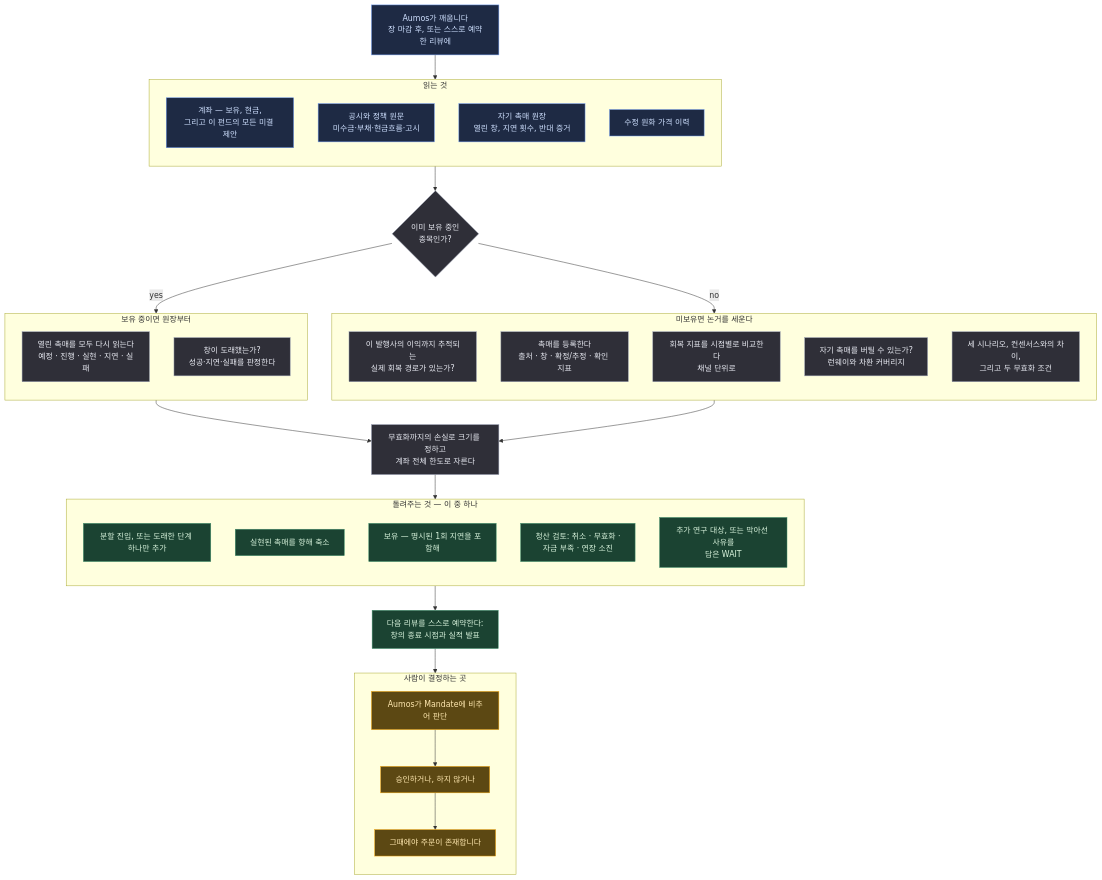
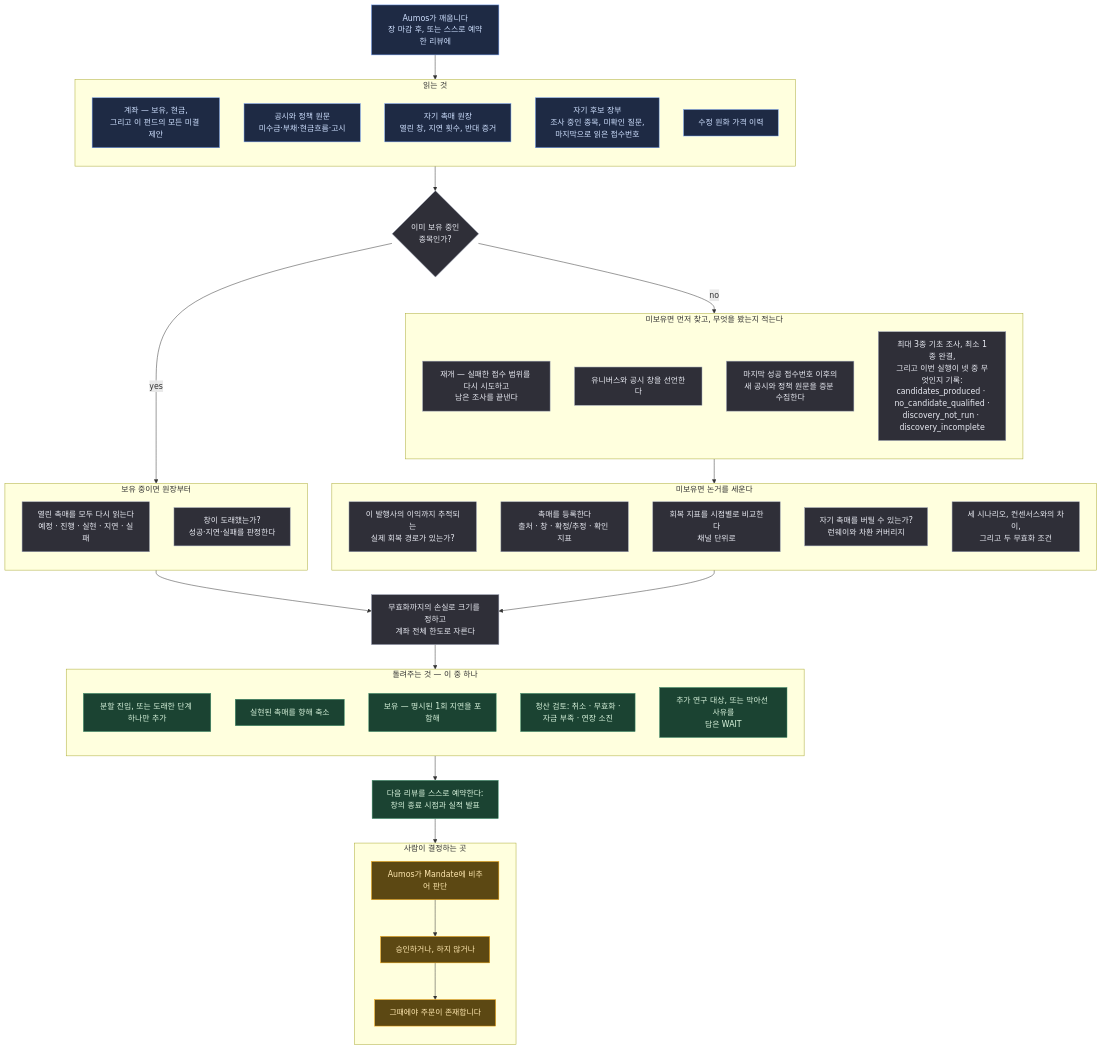
One commit to untilled/aumos-catalogue changed the diagram in managers/catalyst-turnaround/README.ko.md. Above: the diagram before and after it, drawn with Mermaid. The commit also changed other lines of this file and 15 other files, not shown here.

````diff
--- a/managers/catalyst-turnaround/README.ko.md
+++ b/managers/catalyst-turnaround/README.ko.md
@@ -82,59 +82,68 @@
 ```mermaid
 flowchart TB
     classDef reads fill:#1e2a44,stroke:#6f9bf0,color:#cfe0ff
     classDef judges fill:#2f2f38,stroke:#9aa0b4,color:#e8eaf2
     classDef proposes fill:#1b4332,stroke:#40916c,color:#d8f3dc
     classDef person fill:#5c4813,stroke:#f6a609,color:#ffe8b0
 
     WAKE["Aumos가 깨웁니다<br/>장 마감 후, 또는 스스로 예약한 리뷰에"]:::reads
 
     subgraph IN["읽는 것"]
         direction TB
         BOOK["계좌 — 보유, 현금,<br/>그리고 이 펀드의 모든 미결 제안"]:::reads
         FILE["공시와 정책 원문<br/>미수금·부채·현금흐름·고시"]:::reads
         REG["자기 촉매 원장<br/>열린 창, 지연 횟수, 반대 증거"]:::reads
+        LED["자기 후보 장부<br/>조사 중인 종목, 미확인 질문,<br/>마지막으로 읽은 접수번호"]:::reads
         PX["수정 원화 가격 이력"]:::reads
     end
 
     HELD{"이미 보유 중인<br/>종목인가?"}:::judges
 
     subgraph UPDATE["보유 중이면 원장부터"]
         direction TB
         U1["열린 촉매를 모두 다시 읽는다<br/>예정 · 진행 · 실현 · 지연 · 실패"]:::judges
         U2["창이 도래했는가?<br/>성공·지연·실패를 판정한다"]:::judges
+    end
+
+    subgraph SWEEP["미보유면 먼저 찾고, 무엇을 봤는지 적는다"]
+        direction TB
+        S1["재개 — 실패한 접수 범위를 다시 시도하고<br/>남은 조사를 끝낸다"]:::judges
+        S2["유니버스와 공시 창을 선언한다"]:::judges
+        S3["마지막 성공 접수번호 이후의<br/>새 공시와 정책 원문을 증분 수집한다"]:::judges
+        S4["최대 3종 기초 조사, 최소 1종 완결,<br/>그리고 이번 실행이 넷 중 무엇인지 기록:<br/>candidates_produced · no_candidate_qualified ·<br/>discovery_not_run · discovery_incomplete"]:::judges
     end
 
     subgraph NEW["미보유면 논거를 세운다"]
         direction TB
         N1["이 발행사의 이익까지 추적되는<br/>실제 회복 경로가 있는가?"]:::judges
         N2["촉매를 등록한다<br/>출처 · 창 · 확정/추정 · 확인 지표"]:::judges
         N3["회복 지표를 시점별로 비교한다<br/>채널 단위로"]:::judges
         N4["자기 촉매를 버틸 수 있는가?<br/>런웨이와 차환 커버리지"]:::judges
         N5["세 시나리오, 컨센서스와의 차이,<br/>그리고 두 무효화 조건"]:::judges
     end
 
     SIZE["무효화까지의 손실로 크기를 정하고<br/>계좌 전체 한도로 자른다"]:::judges
 
     subgraph OUT["돌려주는 것 — 이 중 하나"]
         direction TB
         BUY["분할 진입, 또는 도래한 단계 하나만 추가"]:::proposes
         TRIM["실현된 촉매를 향해 축소"]:::proposes
         HOLD["보유 — 명시된 1회 지연을 포함해"]:::proposes
         EXIT["청산 검토: 취소 · 무효화 ·<br/>자금 부족 · 연장 소진"]:::proposes
         WATCH["추가 연구 대상, 또는 막아선 사유를<br/>담은 WAIT"]:::proposes
     end
 
     ARM["다음 리뷰를 스스로 예약한다:<br/>창의 종료 시점과 실적 발표"]:::proposes
 
     subgraph HUMAN["사람이 결정하는 곳"]
         direction TB
         MAND["Aumos가 Mandate에 비추어 판단"]:::person
         YOU["승인하거나, 하지 않거나"]:::person
         ORD["그때에야 주문이 존재합니다"]:::person
     end
 
     WAKE --> IN --> HELD
     HELD -- yes --> UPDATE --> SIZE
-    HELD -- no --> NEW --> SIZE
+    HELD -- no --> SWEEP --> NEW --> SIZE
     SIZE --> OUT --> ARM --> MAND --> YOU --> ORD
 ```
````
